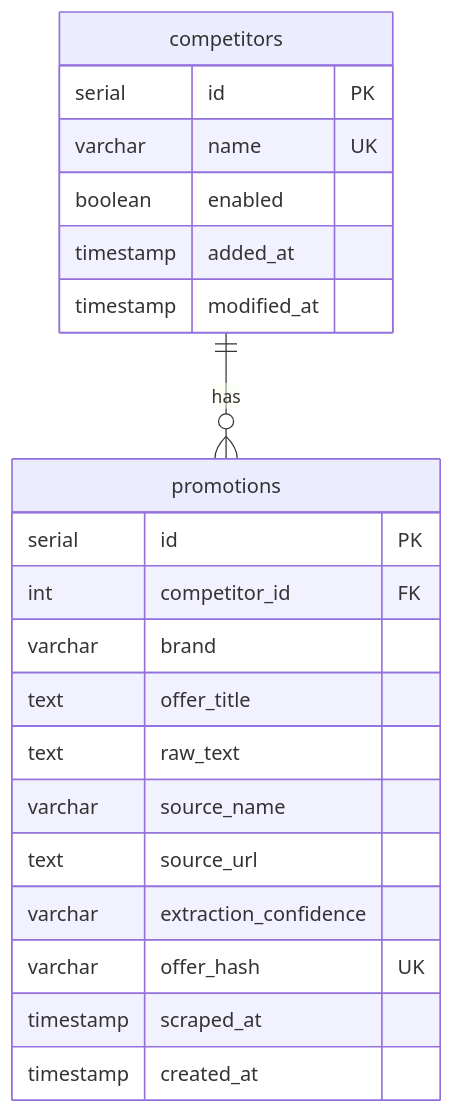
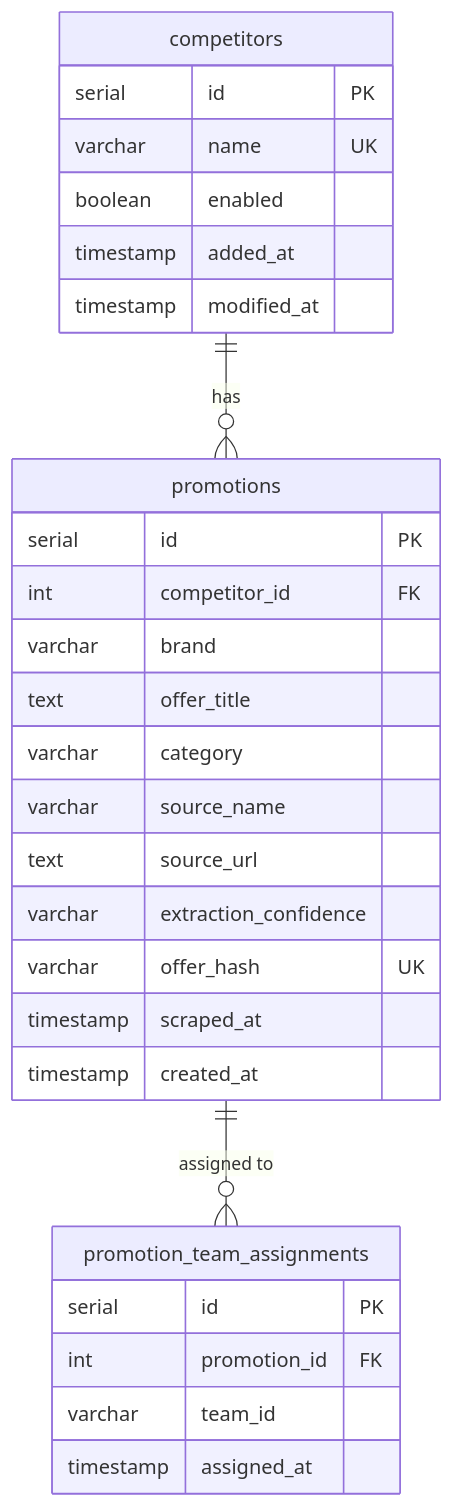
One commit to Arshu45/Web_Scraping_v1 changed the second of 2 diagrams in confluence_documentation.md. Above: the diagram before and after it, drawn with Mermaid. The commit also changed other lines of this file and 8 other files, not shown here.

````diff
--- a/confluence_documentation.md
+++ b/confluence_documentation.md
@@ -72,26 +115,34 @@
 ```mermaid
 erDiagram
     competitors ||--o{ promotions : "has"
+    promotions ||--o{ promotion_team_assignments : "assigned to"
 
     competitors {
         serial id PK
         varchar name UK
         boolean enabled
         timestamp added_at
         timestamp modified_at
     }
 
     promotions {
         serial id PK
         int competitor_id FK
         varchar brand
         text offer_title
-        text raw_text
+        varchar category
         varchar source_name
         text source_url
         varchar extraction_confidence
         varchar offer_hash UK
         timestamp scraped_at
         timestamp created_at
     }
+
+    promotion_team_assignments {
+        serial id PK
+        int promotion_id FK
+        varchar team_id
+        timestamp assigned_at
+    }
 ```
````
